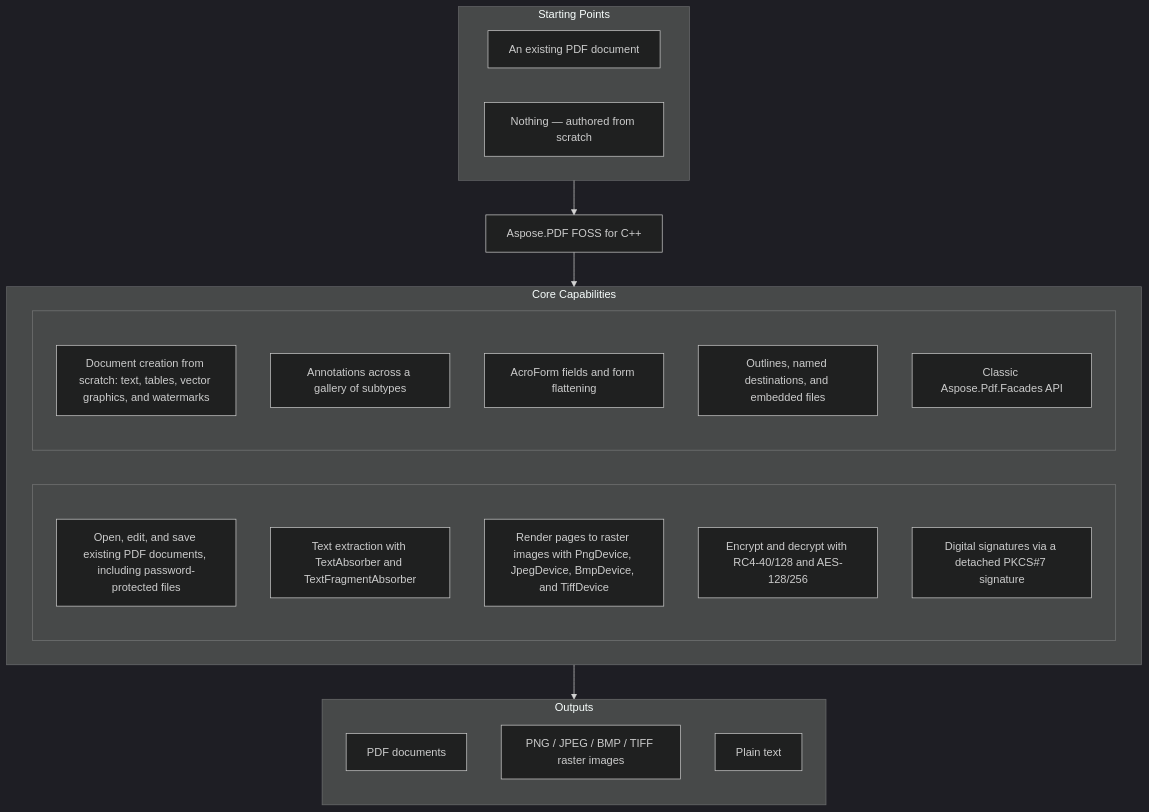
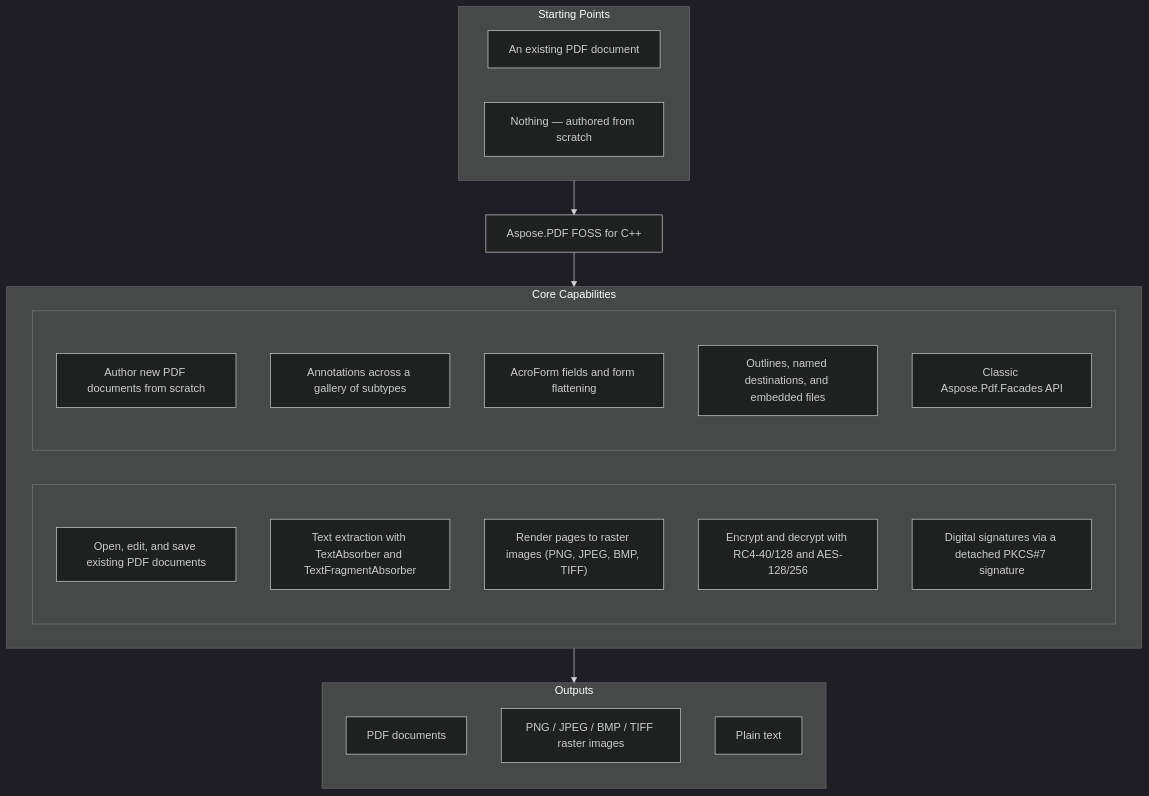
Before and after one commit to aspose-pdf-foss/Aspose.PDF-FOSS-for-Cpp: the diagram in README.md, drawn with Mermaid (dark theme). The commit also changed other lines of this file, not shown here.

````diff
--- a/README.md
+++ b/README.md
@@ -35,35 +35,35 @@
 ```mermaid
 flowchart TD
   subgraph StartingPoints["Starting Points"]
     direction LR
     i1["An existing PDF document"]
     i2["Nothing — authored from scratch"]
   end
   PRODUCT["Aspose.PDF FOSS for C++"]
   subgraph Capabilities["Core Capabilities"]
     direction LR
     subgraph capl[" "]
       direction TB
-      c1["Open, edit, and save existing PDF documents, including password-protected files"]
+      c1["Open, edit, and save existing PDF documents"]
       c2["Text extraction with TextAbsorber and TextFragmentAbsorber"]
-      c3["Render pages to raster images with PngDevice, JpegDevice, BmpDevice, and TiffDevice"]
+      c3["Render pages to raster images (PNG, JPEG, BMP, TIFF)"]
       c4["Encrypt and decrypt with RC4-40/128 and AES-128/256"]
       c5["Digital signatures via a detached PKCS#7 signature"]
     end
     subgraph capr[" "]
       direction TB
-      c6["Document creation from scratch: text, tables, vector graphics, and watermarks"]
+      c6["Author new PDF documents from scratch"]
       c7["Annotations across a gallery of subtypes"]
       c8["AcroForm fields and form flattening"]
       c9["Outlines, named destinations, and embedded files"]
       c10["Classic Aspose.Pdf.Facades API"]
     end
   end
   subgraph Outputs["Outputs"]
     direction TB
     o1["PDF documents"]
     o2["PNG / JPEG / BMP / TIFF raster images"]
     o3["Plain text"]
   end
   StartingPoints --> PRODUCT --> Capabilities --> Outputs
 ```
````
